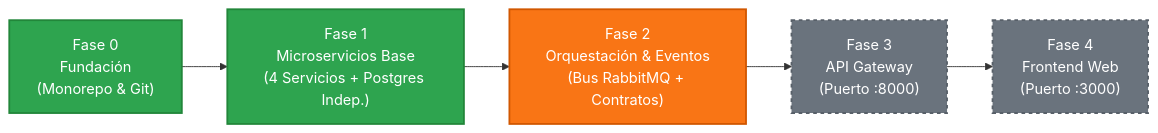
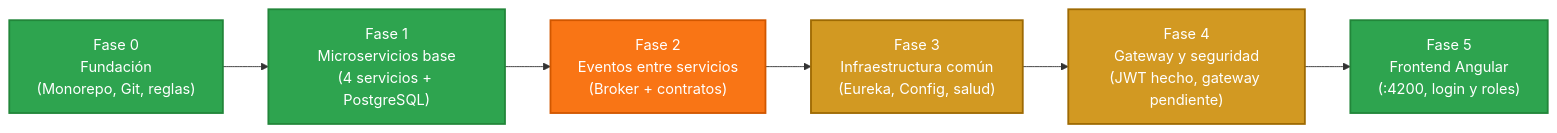
Before and after one commit to ANDERSOUNDZ/helpdesk: the first of 2 diagrams in ORQUESTADOR_MAESTRO.md, drawn with Mermaid. The commit also changed other lines of this file and 1 other file, not shown here.

````diff
--- a/ORQUESTADOR_MAESTRO.md
+++ b/ORQUESTADOR_MAESTRO.md
@@ -86,11 +86,12 @@
 ```mermaid
 flowchart LR
-    F0["Fase 0\nFundación\n(Monorepo & Git)"]:::done --> F1["Fase 1\nMicroservicios Base\n(4 Servicios + Postgres Indep.)"]:::done
-    F1 --> F2["Fase 2\nOrquestación & Eventos\n(Bus RabbitMQ + Contratos)"]:::next
-    F2 --> F3["Fase 3\nAPI Gateway\n(Puerto :8000)"]:::pending
-    F3 --> F4["Fase 4\nFrontend Web\n(Puerto :3000)"]:::pending
+    F0["Fase 0\nFundación\n(Monorepo, Git, reglas)"]:::done --> F1["Fase 1\nMicroservicios base\n(4 servicios + PostgreSQL)"]:::done
+    F1 --> F2["Fase 2\nEventos entre servicios\n(Broker + contratos)"]:::next
+    F2 --> F3["Fase 3\nInfraestructura común\n(Eureka, Config, salud)"]:::partial
+    F3 --> F4["Fase 4\nGateway y seguridad\n(JWT hecho, gateway pendiente)"]:::partial
+    F4 --> F5["Fase 5\nFrontend Angular\n(:4200, login y roles)"]:::done
 
     classDef done fill:#2ea44f,stroke:#22863a,stroke-width:2px,color:#fff;
+    classDef partial fill:#d29922,stroke:#9e6a03,stroke-width:2px,color:#fff;
     classDef next fill:#f97515,stroke:#d15700,stroke-width:2px,color:#fff;
-    classDef pending fill:#6a737d,stroke:#586069,stroke-width:2px,color:#fff,stroke-dasharray: 4 4;
 ```
````
